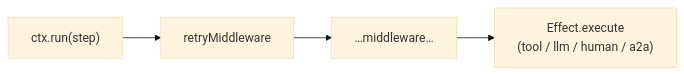
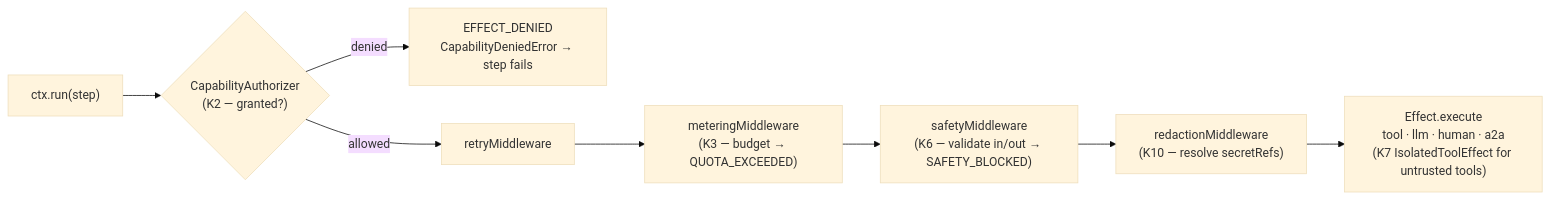
Before and after one commit to chhetrisushil/loom: the seventh of 11 diagrams in docs/architecture.md, drawn with Mermaid (base theme). The commit also changed other lines of this file and 8 other files, not shown here.

First line of the commit message:
docs: kernel-hardening/security coverage, new CLI guide, diagram sync

````diff
--- a/docs/architecture.md
+++ b/docs/architecture.md
@@ -252,4 +252,10 @@
 ```mermaid
 flowchart LR
-  Call["ctx.run(step)"] --> M1["retryMiddleware"] --> M2["…middleware…"] --> Eff["Effect.execute<br/>(tool / llm / human / a2a)"]
+  Call["ctx.run(step)"] --> Auth{"CapabilityAuthorizer<br/>(K2 — granted?)"}
+  Auth -->|denied| Deny["EFFECT_DENIED<br/>CapabilityDeniedError → step fails"]
+  Auth -->|allowed| M1["retryMiddleware"]
+  M1 --> M2["meteringMiddleware<br/>(K3 — budget → QUOTA_EXCEEDED)"]
+  M2 --> M3["safetyMiddleware<br/>(K6 — validate in/out → SAFETY_BLOCKED)"]
+  M3 --> M4["redactionMiddleware<br/>(K10 — resolve secretRefs)"]
+  M4 --> Eff["Effect.execute<br/>tool · llm · human · a2a<br/>(K7 IsolatedToolEffect for untrusted tools)"]
 ```
````
